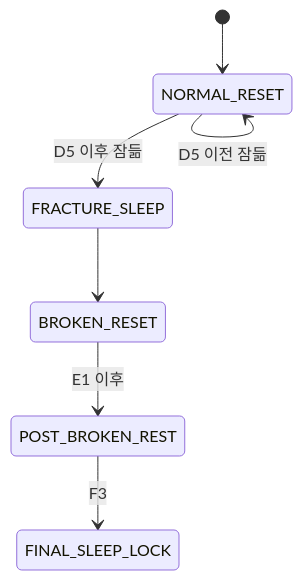
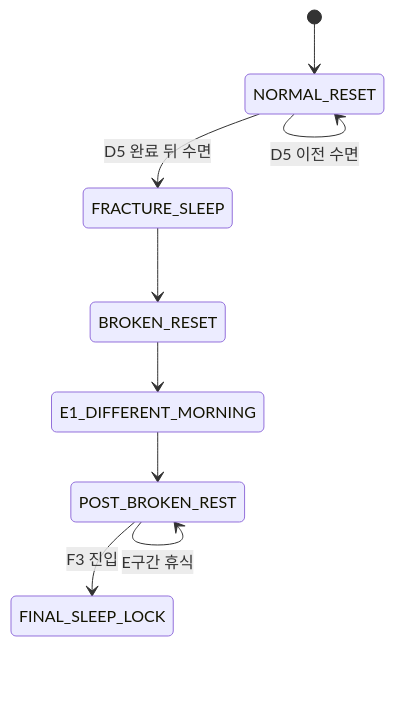
Before and after one commit to devb-eru/ggb: the ninth of 9 diagrams in ideas/md/v04/03_전체이벤트흐름도.md, drawn with Mermaid. The commit also changed other lines of this file, not shown here.

````diff
--- a/ideas/md/v04/03_전체이벤트흐름도.md
+++ b/ideas/md/v04/03_전체이벤트흐름도.md
@@ -164,9 +881,11 @@
 ```mermaid
 stateDiagram-v2
     [*] --> NORMAL_RESET
-    NORMAL_RESET --> NORMAL_RESET: D5 이전 잠듦
-    NORMAL_RESET --> FRACTURE_SLEEP: D5 이후 잠듦
+    NORMAL_RESET --> NORMAL_RESET: D5 이전 수면
+    NORMAL_RESET --> FRACTURE_SLEEP: D5 완료 뒤 수면
     FRACTURE_SLEEP --> BROKEN_RESET
-    BROKEN_RESET --> POST_BROKEN_REST: E1 이후
-    POST_BROKEN_REST --> FINAL_SLEEP_LOCK: F3
+    BROKEN_RESET --> E1_DIFFERENT_MORNING
+    E1_DIFFERENT_MORNING --> POST_BROKEN_REST
+    POST_BROKEN_REST --> POST_BROKEN_REST: E구간 휴식
+    POST_BROKEN_REST --> FINAL_SLEEP_LOCK: F3 진입
 ```
````
